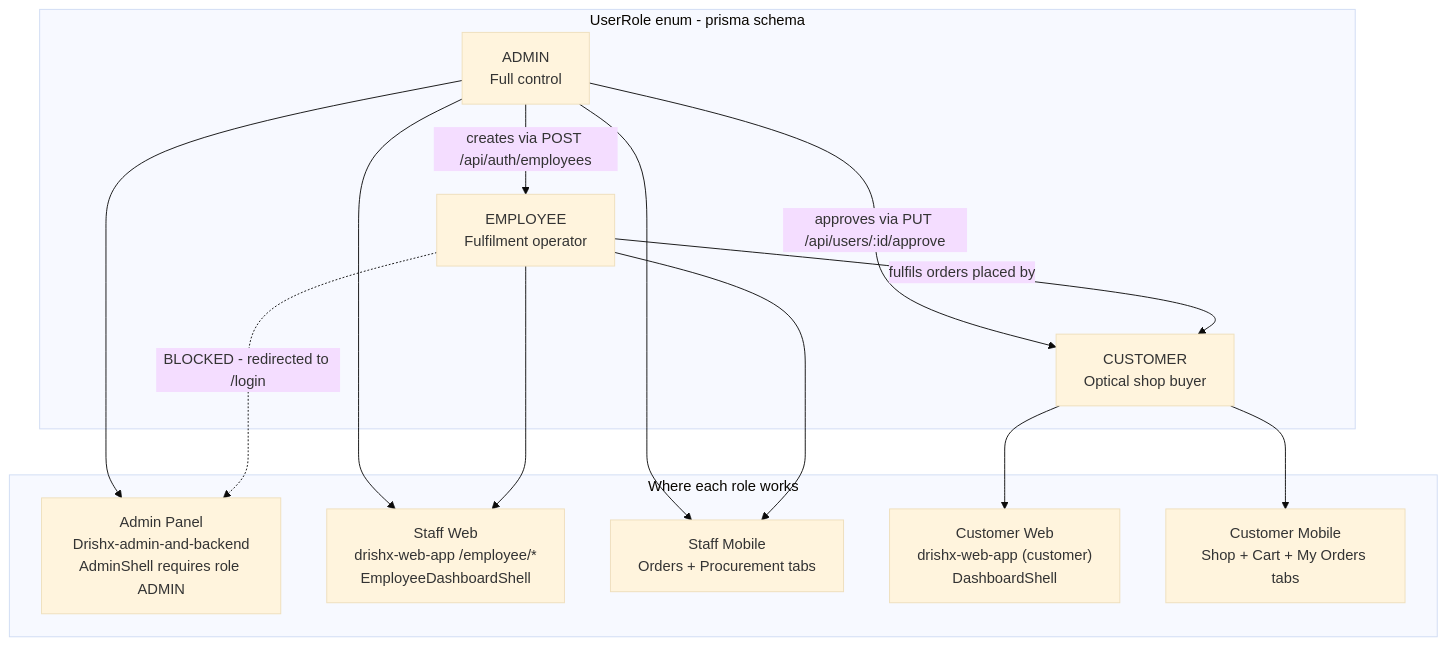
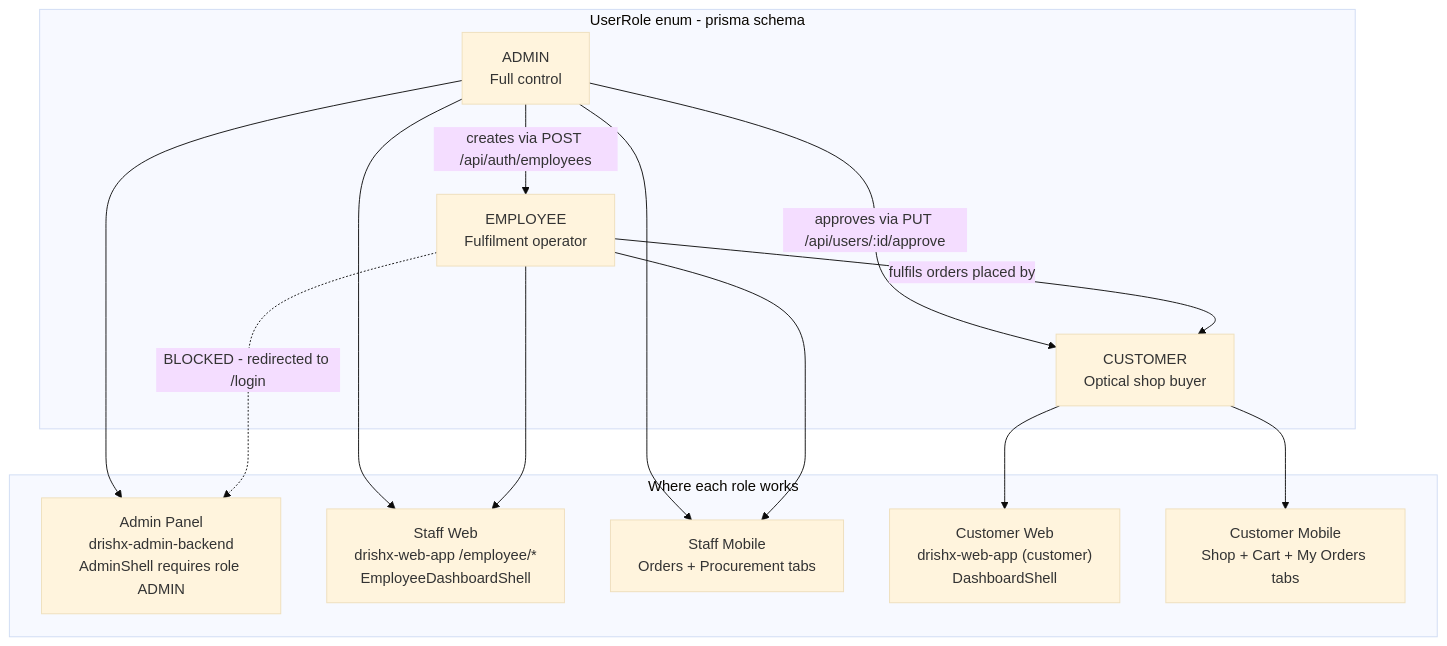
The first of 12 diagrams in docs/DrishX_Operations_Role_Capability_Specification.md (shreytanna15-prog/drishx-admin-backend), drawn with Mermaid (base theme) before and after one commit. The commit also changed other lines of this file and 15 other files, not shown here.

Commit message:
add RC-4 with new product catelog architecture task

````diff
--- a/docs/DrishX_Operations_Role_Capability_Specification.md
+++ b/docs/DrishX_Operations_Role_Capability_Specification.md
@@ -61,29 +61,29 @@
 ```mermaid
 flowchart TD
     subgraph roles ["UserRole enum - prisma schema"]
         ADMIN["ADMIN<br/>Full control"]
         EMPLOYEE["EMPLOYEE<br/>Fulfilment operator"]
         CUSTOMER["CUSTOMER<br/>Optical shop buyer"]
     end
 
     ADMIN -->|"creates via POST /api/auth/employees"| EMPLOYEE
     ADMIN -->|"approves via PUT /api/users/:id/approve"| CUSTOMER
     EMPLOYEE -->|"fulfils orders placed by"| CUSTOMER
 
     subgraph surfaces ["Where each role works"]
-        AdminPanel["Admin Panel<br/>Drishx-admin-and-backend<br/>AdminShell requires role ADMIN"]
+        AdminPanel["Admin Panel<br/>drishx-admin-backend<br/>AdminShell requires role ADMIN"]
         StaffWeb["Staff Web<br/>drishx-web-app /employee/*<br/>EmployeeDashboardShell"]
         StaffMobile["Staff Mobile<br/>Orders + Procurement tabs"]
         CustWeb["Customer Web<br/>drishx-web-app (customer)<br/>DashboardShell"]
         CustMobile["Customer Mobile<br/>Shop + Cart + My Orders tabs"]
     end
 
     ADMIN --> AdminPanel
     ADMIN --> StaffWeb
     ADMIN --> StaffMobile
     EMPLOYEE --> StaffWeb
     EMPLOYEE --> StaffMobile
     EMPLOYEE -.->|"BLOCKED - redirected to /login"| AdminPanel
     CUSTOMER --> CustWeb
     CUSTOMER --> CustMobile
 ```
````
